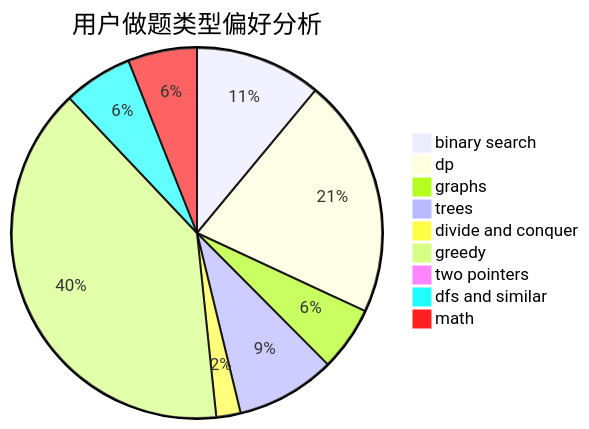
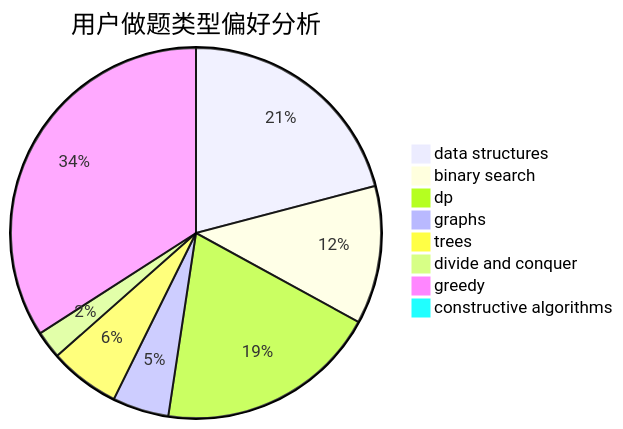
One commit to sherpahu/cfrs.github.io changed the second of 3 diagrams in docs/user/u709.md. Above: the diagram before and after it, drawn with Mermaid. The commit also changed other lines of this file and 2775 other files, not shown here.

````diff
--- a/docs/user/u709.md
+++ b/docs/user/u709.md
@@ -23,12 +23,11 @@
 ```mermaid
 pie title 用户做题类型偏好分析
-    "binary search" :  192
-    "dp" :  364
-    "graphs" :  98
-    "trees" :  151
+    "data structures" :  319
+    "binary search" :  184
+    "dp" :  296
+    "graphs" :  75
+    "trees" :  94
     "divide and conquer" :  37
-    "greedy" :  690
-    "two pointers" :  2
-    "dfs and similar" :  105
-    "math" :  105
+    "greedy" :  520
+    "constructive algorithms" :  14
 ```
````
